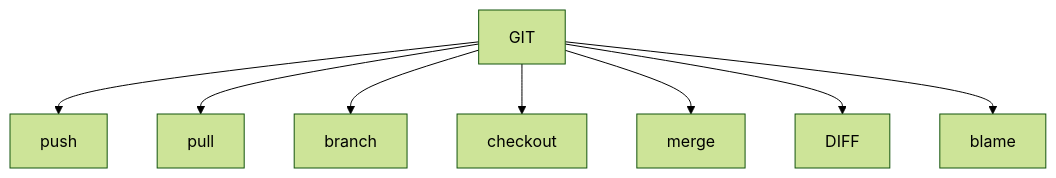
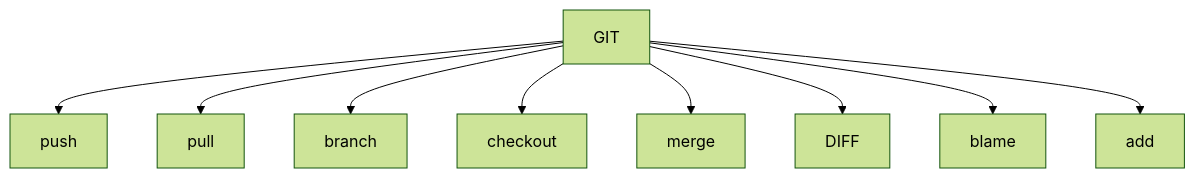
Before and after one commit to Rliop913/Project-DJ-Engine: the third of 3 diagrams in BluePrint_PDJE/Editor.md, drawn with Mermaid (forest theme). The commit also changed 7 other files, not shown here.

````diff
--- a/BluePrint_PDJE/Editor.md
+++ b/BluePrint_PDJE/Editor.md
@@ -38,10 +38,11 @@
 ```mermaid
 flowchart TD
 GIT --> push
 GIT --> pull
 GIT --> branch
 GIT --> checkout
 GIT --> merge
 GIT --> DIFF
 GIT --> blame
+GIT --> add
 ```
````
